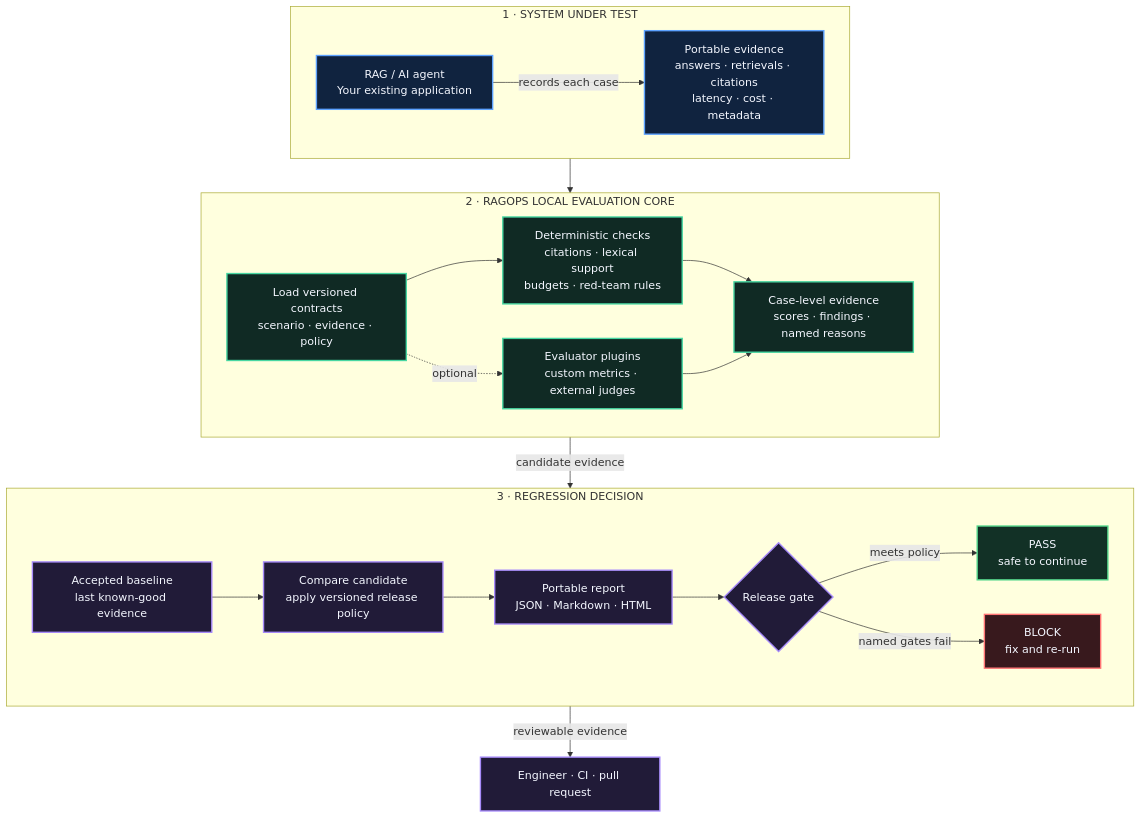
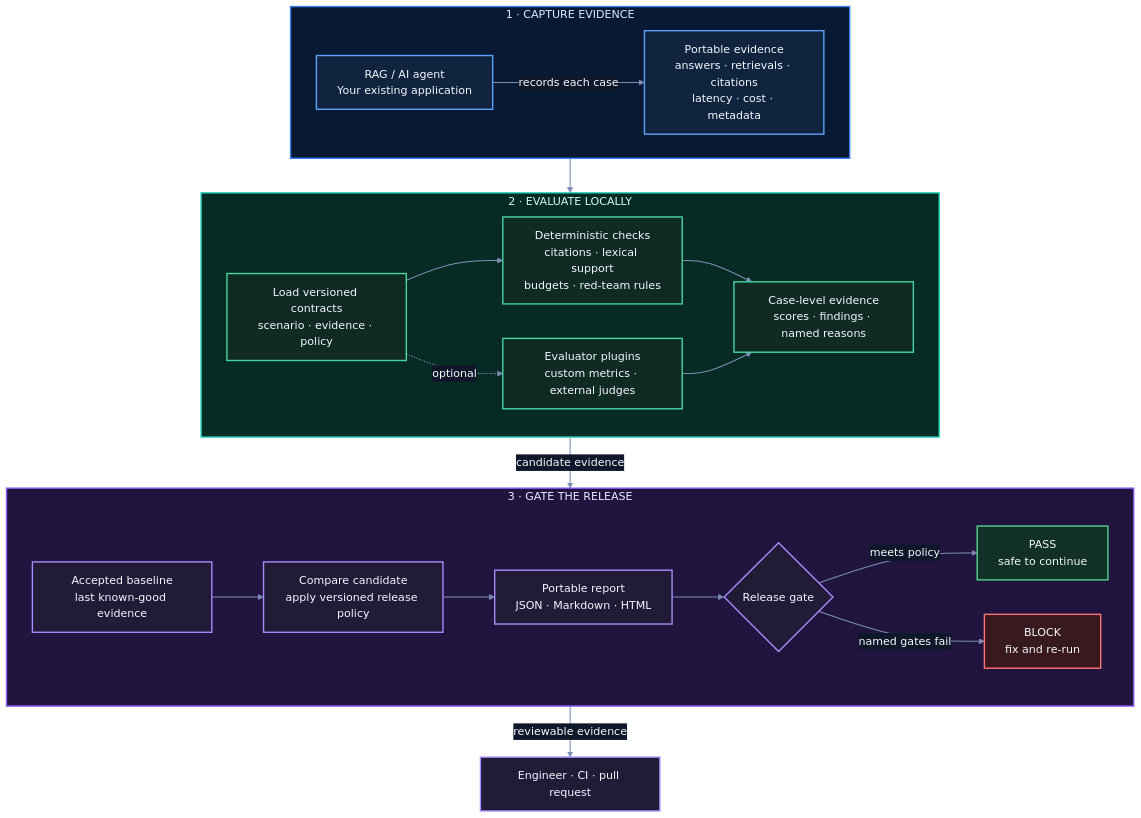
Before and after one commit to thangldw/ragops: the diagram in README.md, drawn with Mermaid. The commit also changed 2 other files, not shown here.

Commit message:
docs: modernize architecture diagram theme

````diff
--- a/README.md
+++ b/README.md
@@ -197,53 +197,59 @@
 ```mermaid
+%%{init: {"theme":"base","fontFamily":"Arial, sans-serif","flowchart":{"curve":"basis","htmlLabels":true},"themeVariables":{"background":"transparent","textColor":"#e2e8f0","lineColor":"#7c8db5","arrowheadColor":"#94a3b8","edgeLabelBackground":"#0f172a","clusterBkg":"#0b1220","clusterBorder":"#334155","primaryTextColor":"#f8fafc"}}}%%
 flowchart TB
-    subgraph SOURCE["1 · SYSTEM UNDER TEST"]
+    subgraph SOURCE["1 · CAPTURE EVIDENCE"]
         direction LR
         APP["RAG / AI agent<br/>Your existing application"]
         TRACE["Portable evidence<br/>answers · retrievals · citations<br/>latency · cost · metadata"]
         APP -->|records each case| TRACE
     end
 
-    subgraph CORE["2 · RAGOPS LOCAL EVALUATION CORE"]
+    subgraph CORE["2 · EVALUATE LOCALLY"]
         direction LR
         LOAD["Load versioned contracts<br/>scenario · evidence · policy"]
         CHECKS["Deterministic checks<br/>citations · lexical support<br/>budgets · red-team rules"]
         PLUGINS["Evaluator plugins<br/>custom metrics · external judges"]
         CASES["Case-level evidence<br/>scores · findings · named reasons"]
 
         LOAD --> CHECKS
         LOAD -. optional .-> PLUGINS
         CHECKS --> CASES
         PLUGINS --> CASES
     end
 
-    subgraph DECIDE["3 · REGRESSION DECISION"]
+    subgraph DECIDE["3 · GATE THE RELEASE"]
         direction LR
         BASE["Accepted baseline<br/>last known-good evidence"]
         COMPARE["Compare candidate<br/>apply versioned release policy"]
         REPORT["Portable report<br/>JSON · Markdown · HTML"]
         GATE{"Release gate"}
         PASS["PASS<br/>safe to continue"]
         BLOCK["BLOCK<br/>fix and re-run"]
 
         BASE --> COMPARE
         COMPARE --> REPORT --> GATE
         GATE -->|meets policy| PASS
         GATE -->|named gates fail| BLOCK
     end
 
     TRACE --> LOAD
     CASES -->|candidate evidence| COMPARE
     REPORT -->|reviewable evidence| REVIEW["Engineer · CI · pull request"]
 
     classDef source fill:#10233f,stroke:#5da2ff,color:#f4f7ff,stroke-width:2px;
     classDef core fill:#102a24,stroke:#47d7a2,color:#f4f7ff,stroke-width:2px;
     classDef decision fill:#211b38,stroke:#a78bfa,color:#f4f7ff,stroke-width:2px;
     classDef pass fill:#123126,stroke:#53d68b,color:#f4f7ff,stroke-width:2px;
     classDef block fill:#38191d,stroke:#ff7474,color:#f4f7ff,stroke-width:2px;
 
     class APP,TRACE source;
     class LOAD,CHECKS,PLUGINS,CASES core;
     class BASE,COMPARE,REPORT,GATE,REVIEW decision;
     class PASS pass;
     class BLOCK block;
+
+    style SOURCE fill:#081a33,stroke:#3b82f6,stroke-width:2px,color:#dbeafe;
+    style CORE fill:#062b25,stroke:#2dd4bf,stroke-width:2px,color:#ccfbf1;
+    style DECIDE fill:#21153f,stroke:#8b5cf6,stroke-width:2px,color:#ede9fe;
+    linkStyle default stroke:#7c8db5,stroke-width:1.5px;
 ```
````
